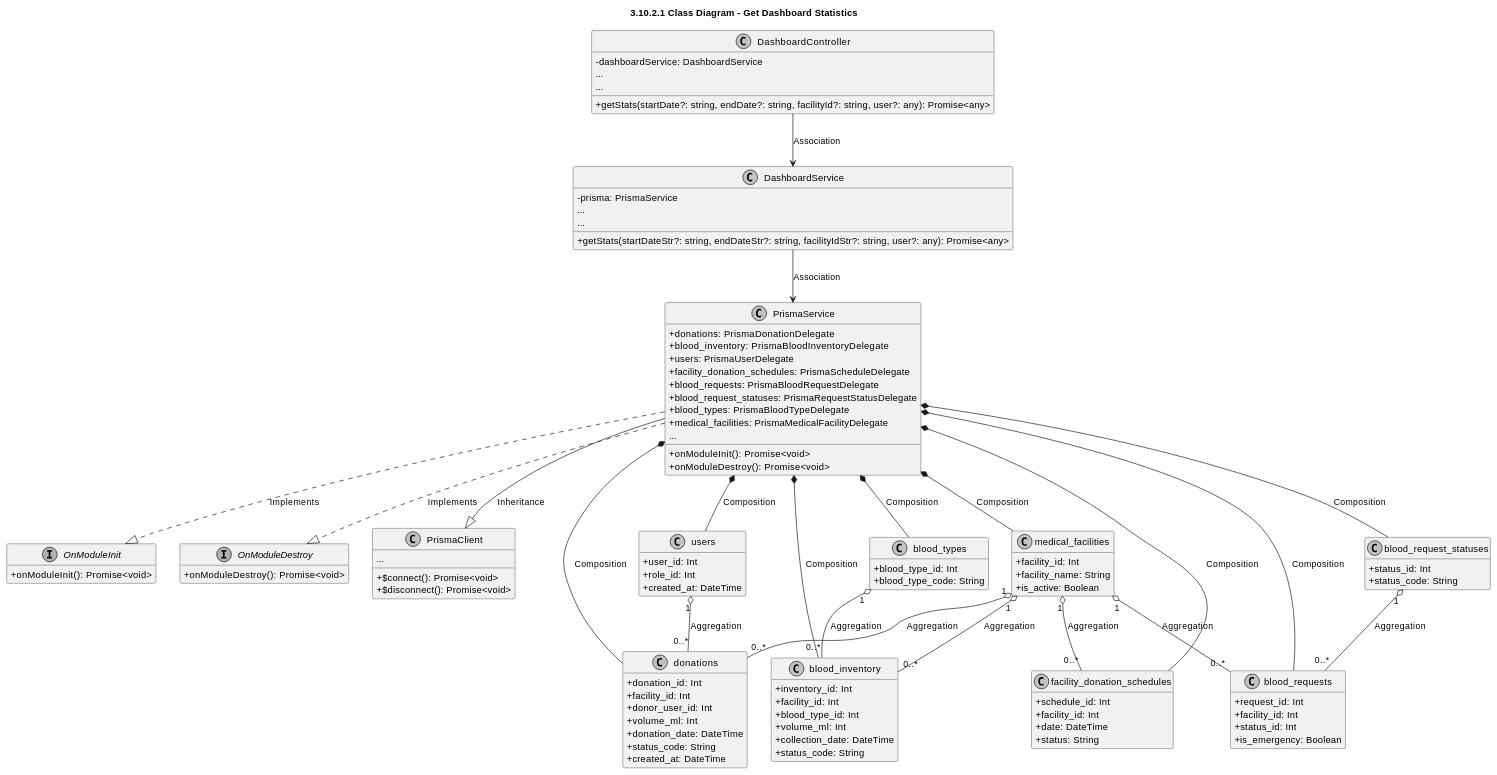
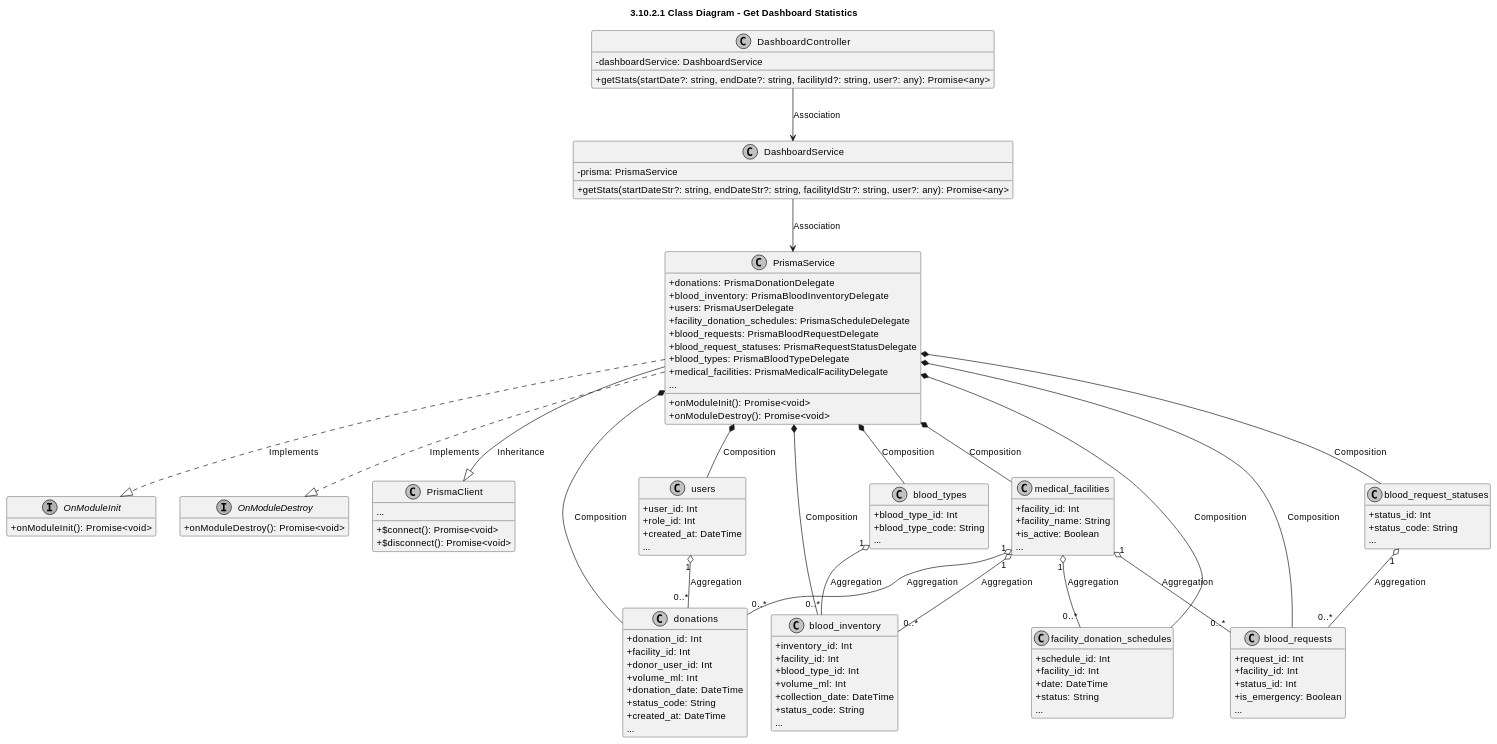
One commit to CuongBC195/class-diagram-donation-blood changed the second of 2 diagrams in modules_plantuml/10_dashboard.md. Above: the diagram before and after it, drawn with PlantUML. The commit also changed other lines of this file and 39 other files, not shown here.

Commit message:
fix(diagrams): apply strict ellipsis rules and synchronize entity/DTO relationships across all 13 modules

```diff
--- a/modules_plantuml/10_dashboard.md
+++ b/modules_plantuml/10_dashboard.md
@@ -157,16 +165,12 @@
 
 class DashboardController {
   -dashboardService: DashboardService
-  ...
   +getStats(startDate?: string, endDate?: string, facilityId?: string, user?: any): Promise<any>
-  ...
 }
 
 class DashboardService {
   -prisma: PrismaService
-  ...
   +getStats(startDateStr?: string, endDateStr?: string, facilityIdStr?: string, user?: any): Promise<any>
-  ...
 }
 
 interface OnModuleInit {
@@ -205,6 +209,7 @@
   +donation_date: DateTime
   +status_code: String
   +created_at: DateTime
+  ...
 }
 
 class blood_inventory {
@@ -214,12 +219,14 @@
   +volume_ml: Int
   +collection_date: DateTime
   +status_code: String
+  ...
 }
 
 class users {
   +user_id: Int
   +role_id: Int
   +created_at: DateTime
+  ...
 }
 
 class facility_donation_schedules {
@@ -227,6 +234,7 @@
   +facility_id: Int
   +date: DateTime
   +status: String
+  ...
 }
 
 class blood_requests {
@@ -234,22 +242,26 @@
   +facility_id: Int
   +status_id: Int
   +is_emergency: Boolean
+  ...
 }
 
 class blood_request_statuses {
   +status_id: Int
   +status_code: String
+  ...
 }
 
 class blood_types {
   +blood_type_id: Int
   +blood_type_code: String
+  ...
 }
 
 class medical_facilities {
   +facility_id: Int
   +facility_name: String
   +is_active: Boolean
+  ...
 }
 
 DashboardController --> DashboardService : Association
```
